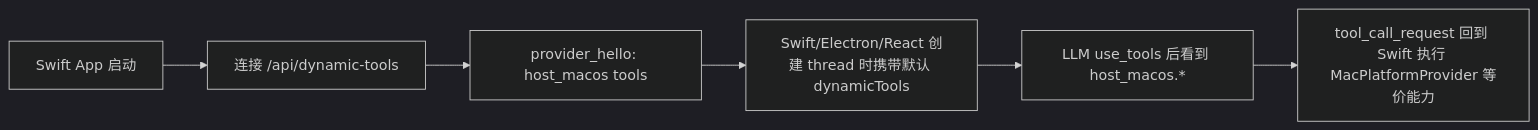
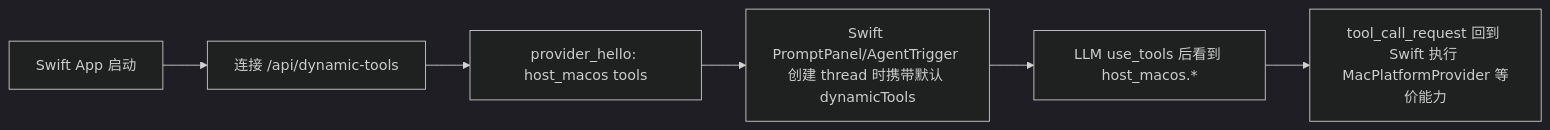
The third of 5 diagrams in docs/medium-powers/plans/2026-06-19-plugin-system.md (Lixuhang987/Wisp-Pocket), drawn with Mermaid (dark theme) before and after one commit. The commit also changed other lines of this file and 17 other files, not shown here.

Commit message:
Remove React dynamic tools propagation

````diff
--- a/docs/medium-powers/plans/2026-06-19-plugin-system.md
+++ b/docs/medium-powers/plans/2026-06-19-plugin-system.md
@@ -203,8 +203,8 @@
 ```mermaid
 flowchart LR
   A["Swift App 启动"] --> B["连接 /api/dynamic-tools"]
   B --> C["provider_hello: host_macos tools"]
-  C --> D["Swift/Electron/React 创建 thread 时携带默认 dynamicTools"]
+  C --> D["Swift PromptPanel/AgentTrigger 创建 thread 时携带默认 dynamicTools"]
   D --> E["LLM use_tools 后看到 host_macos.*"]
   E --> F["tool_call_request 回到 Swift 执行 MacPlatformProvider 等价能力"]
 ```
````
